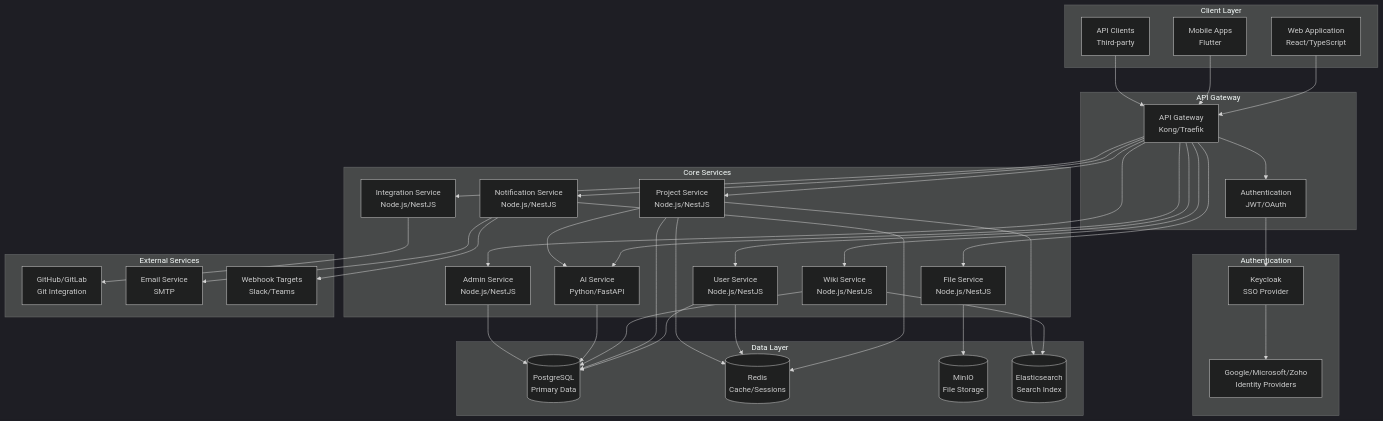
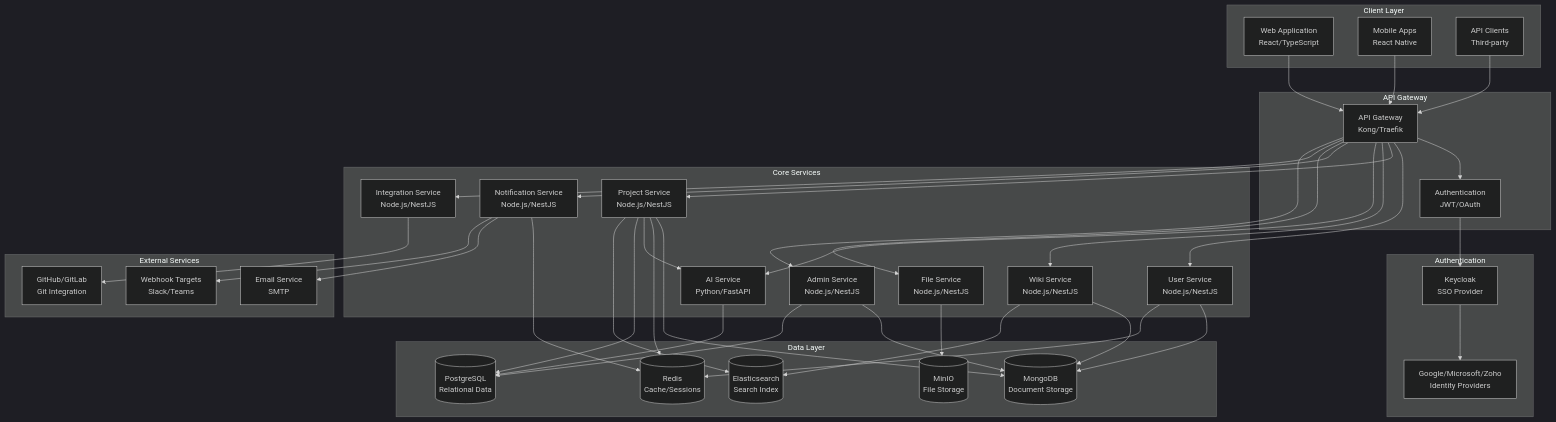
The first of 2 diagrams in .kiro/specs/user-workspace-management/design.md (codesteller/vibely), drawn with Mermaid (dark theme) before and after one commit. The commit also changed other lines of this file and 2 other files, not shown here.

````diff
--- a/.kiro/specs/user-workspace-management/design.md
+++ b/.kiro/specs/user-workspace-management/design.md
@@ -23,77 +23,80 @@
 ```mermaid
 graph TB
     subgraph "Client Layer"
         WEB[Web Application<br/>React/TypeScript]
-        MOBILE[Mobile Apps<br/>Flutter]
+        MOBILE[Mobile Apps<br/>React Native]
         API_CLIENT[API Clients<br/>Third-party]
     end
     
     subgraph "API Gateway"
         GATEWAY[API Gateway<br/>Kong/Traefik]
         AUTH[Authentication<br/>JWT/OAuth]
     end
     
     subgraph "Core Services"
         USER[User Service<br/>Node.js/NestJS]
         PROJECT[Project Service<br/>Node.js/NestJS]
         WIKI[Wiki Service<br/>Node.js/NestJS]
         AI[AI Service<br/>Python/FastAPI]
         NOTIFICATION[Notification Service<br/>Node.js/NestJS]
         FILE[File Service<br/>Node.js/NestJS]
         INTEGRATION[Integration Service<br/>Node.js/NestJS]
         ADMIN[Admin Service<br/>Node.js/NestJS]
     end
     
     subgraph "Authentication"
         KEYCLOAK[Keycloak<br/>SSO Provider]
         SSO_PROVIDERS[Google/Microsoft/Zoho<br/>Identity Providers]
     end
     
     subgraph "Data Layer"
-        POSTGRES[(PostgreSQL<br/>Primary Data)]
+        MONGODB[(MongoDB<br/>Document Storage)]
+        POSTGRES[(PostgreSQL<br/>Relational Data)]
         REDIS[(Redis<br/>Cache/Sessions)]
         MINIO[(MinIO<br/>File Storage)]
         SEARCH[(Elasticsearch<br/>Search Index)]
     end
     
     subgraph "External Services"
         GITHUB[GitHub/GitLab<br/>Git Integration]
         EMAIL[Email Service<br/>SMTP]
         WEBHOOK[Webhook Targets<br/>Slack/Teams]
     end
     
     WEB --> GATEWAY
     MOBILE --> GATEWAY
     API_CLIENT --> GATEWAY
     
     GATEWAY --> AUTH
     GATEWAY --> USER
     GATEWAY --> PROJECT
     GATEWAY --> WIKI
     GATEWAY --> AI
     GATEWAY --> NOTIFICATION
     GATEWAY --> FILE
     GATEWAY --> INTEGRATION
     GATEWAY --> ADMIN
     
-    USER --> POSTGRES
-    PROJECT --> POSTGRES
-    WIKI --> POSTGRES
+    USER --> MONGODB
+    PROJECT --> MONGODB
+    WIKI --> MONGODB
     NOTIFICATION --> REDIS
     FILE --> MINIO
     
     USER --> REDIS
     PROJECT --> REDIS
     PROJECT --> AI
+    PROJECT --> POSTGRES
     WIKI --> SEARCH
     PROJECT --> SEARCH
     AI --> POSTGRES
+    ADMIN --> MONGODB
     ADMIN --> POSTGRES
     
     AUTH --> KEYCLOAK
     KEYCLOAK --> SSO_PROVIDERS
     
     INTEGRATION --> GITHUB
     NOTIFICATION --> EMAIL
     NOTIFICATION --> WEBHOOK
 ```
````
